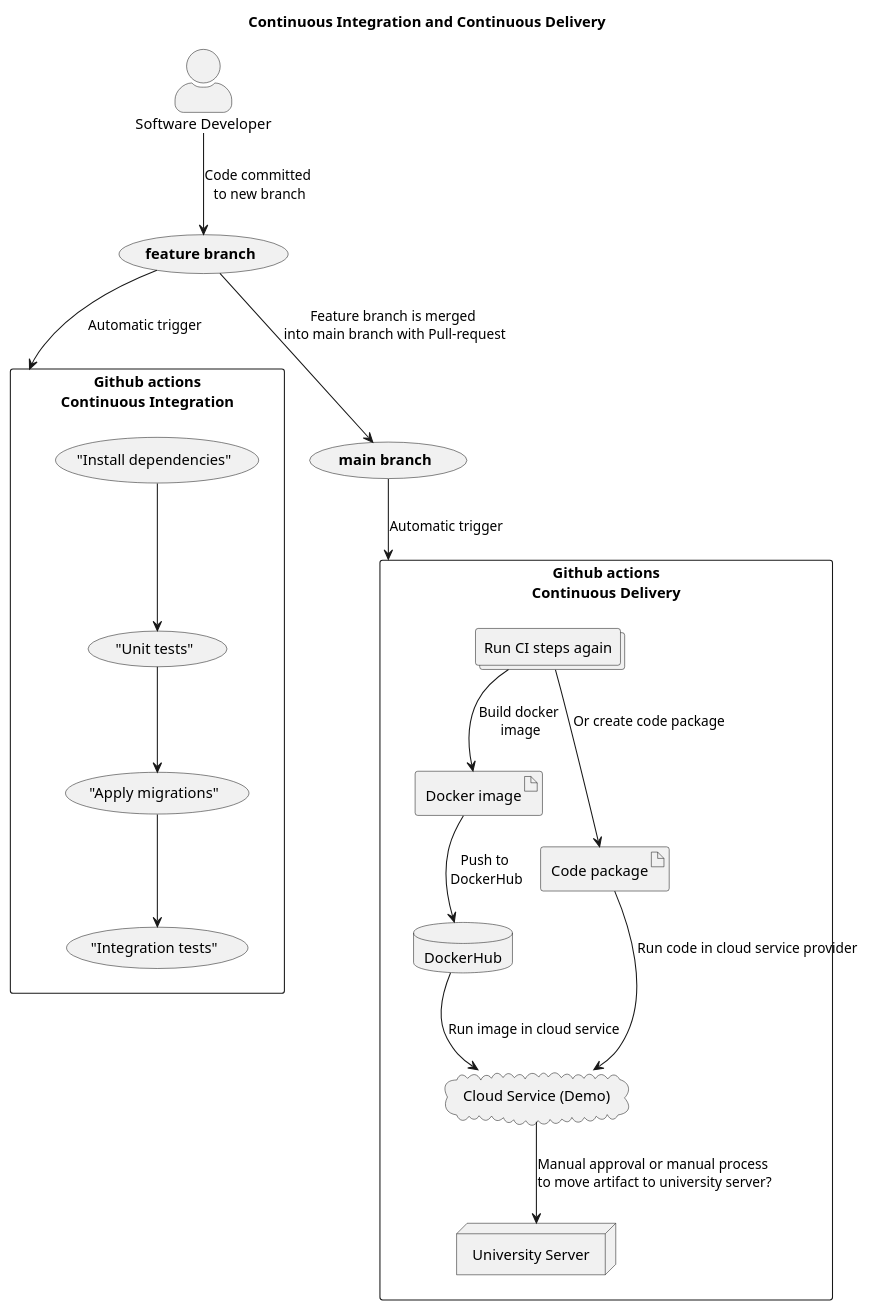
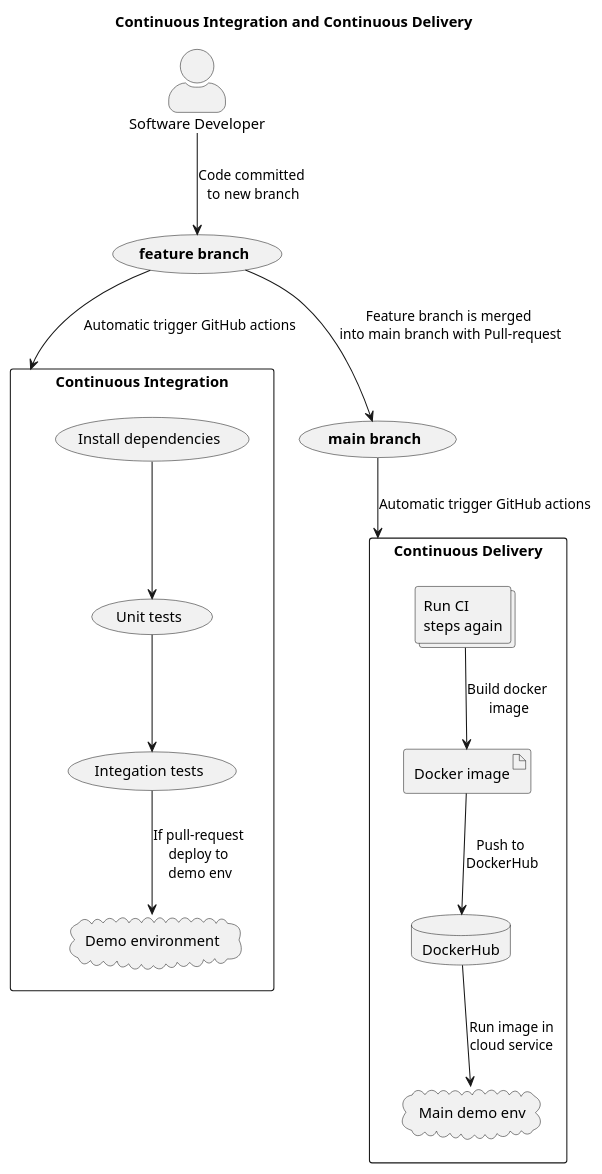
Before and after one commit to seedcase-project/seedcase-sprout: the diagram in docs/design/images/continuous-integration-and-continuous-delivery.puml, drawn with PlantUML. The commit also changed other lines of this file and 1 other file, not shown here.

```diff
--- a/docs/design/images/continuous-integration-and-continuous-delivery.puml
+++ b/docs/design/images/continuous-integration-and-continuous-delivery.puml
@@ -1,47 +1,40 @@
 @startuml
 skinparam actorStyle awesome
 title Continuous Integration and Continuous Delivery
 
 
 'Continuous Integration -----------------------------------
 actor "Software Developer"                  as Developer
 (**feature branch**)                        as FeatureBranch
-"Github actions\nContinuous Integration"    as ci
-"Github actions\nContinuous Delivery"       as cd
 (**main branch**)                           as MainBranch
 
+Developer --> FeatureBranch : Code committed \nto new branch
+FeatureBranch --> "Continuous Integration" : "Automatic trigger GitHub actions"
+FeatureBranch --> MainBranch : "Feature branch is merged\n into main branch with Pull-request"
+MainBranch --> "Continuous Delivery" : "Automatic trigger GitHub actions"
 
-Developer --> FeatureBranch : Code committed \nto new branch
-FeatureBranch --> ci : "Automatic trigger"
-FeatureBranch --> MainBranch : "Feature branch is merged\n into main branch with Pull-request"
-MainBranch --> cd : "Automatic trigger"
+rectangle "Continuous Integration" {
+  (Install dependencies)            as dependencies
 
-rectangle ci {
-  ("Install dependencies")  as dependencies
-  ("Apply migrations")      as Migrations
-  ("Integration tests")     as ItTests
-  ("Unit tests")            as UnitTests
+  (Unit tests)                      as UnitTests
+  (Integation tests)               as ItTests
+  cloud "Demo environment"          as demo
 
   dependencies --> UnitTests
-  UnitTests --> Migrations
-  Migrations --> ItTests
+  UnitTests --> ItTests
+  ItTests --> demo : "If pull-request \ndeploy to \ndemo env"
 }
 
-rectangle cd {
-    collections "Run CI steps again"    as all_tests
-    artifact "Docker image"             as docker_image
-    database "DockerHub"                as docker_hub
-    artifact "Code package"             as code
-    cloud "Cloud Service (Demo)"        as cloud
-    node "University Server"            as server
+rectangle "Continuous Delivery" {
+    collections "Run CI\nsteps again"       as all_tests
+    artifact "Docker image"                 as docker_image
+    database "DockerHub"                    as docker_hub
+    cloud "Main demo env"           as main_demo
+
 
     all_tests --> docker_image : "Build docker\n image"
     docker_image --> docker_hub : "Push to \nDockerHub"
-    docker_hub --> cloud : "Run image in cloud service"
-
-    all_tests  --> code : "Or create code package"
-    code --> cloud : "Run code in cloud service provider"
-    cloud --> server : "Manual approval or manual process \nto move artifact to university server?"
+    docker_hub --> main_demo : "Run image in\ncloud service"
 }
 
 @enduml
```
